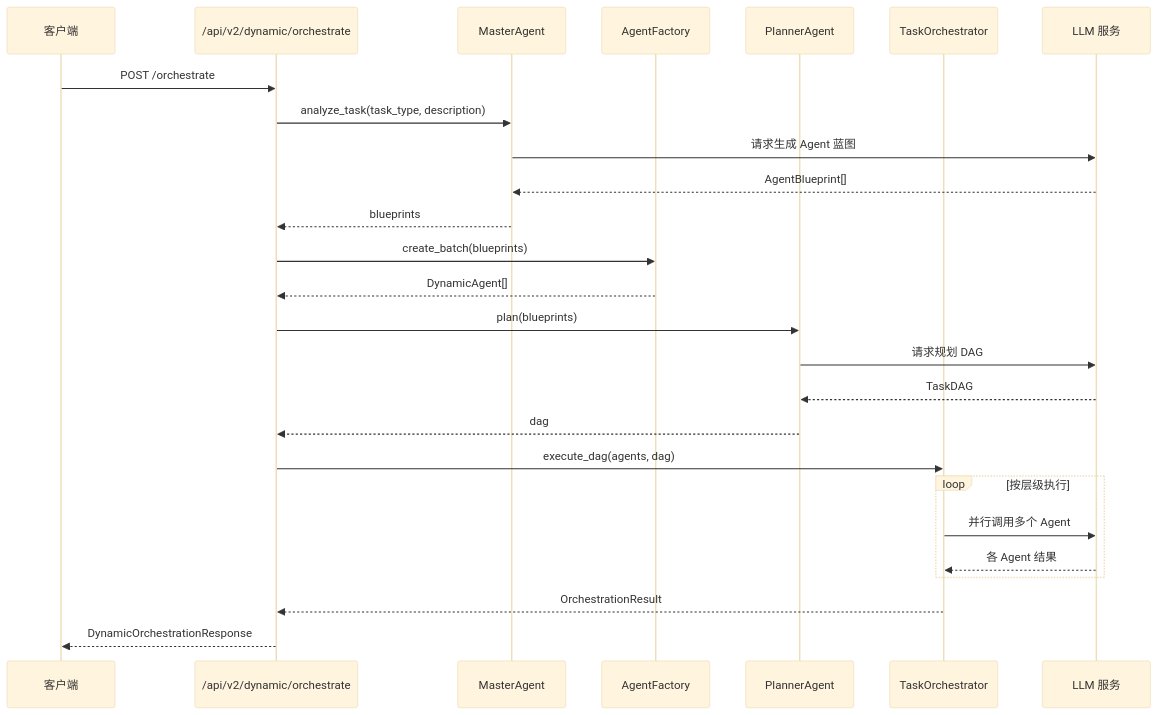
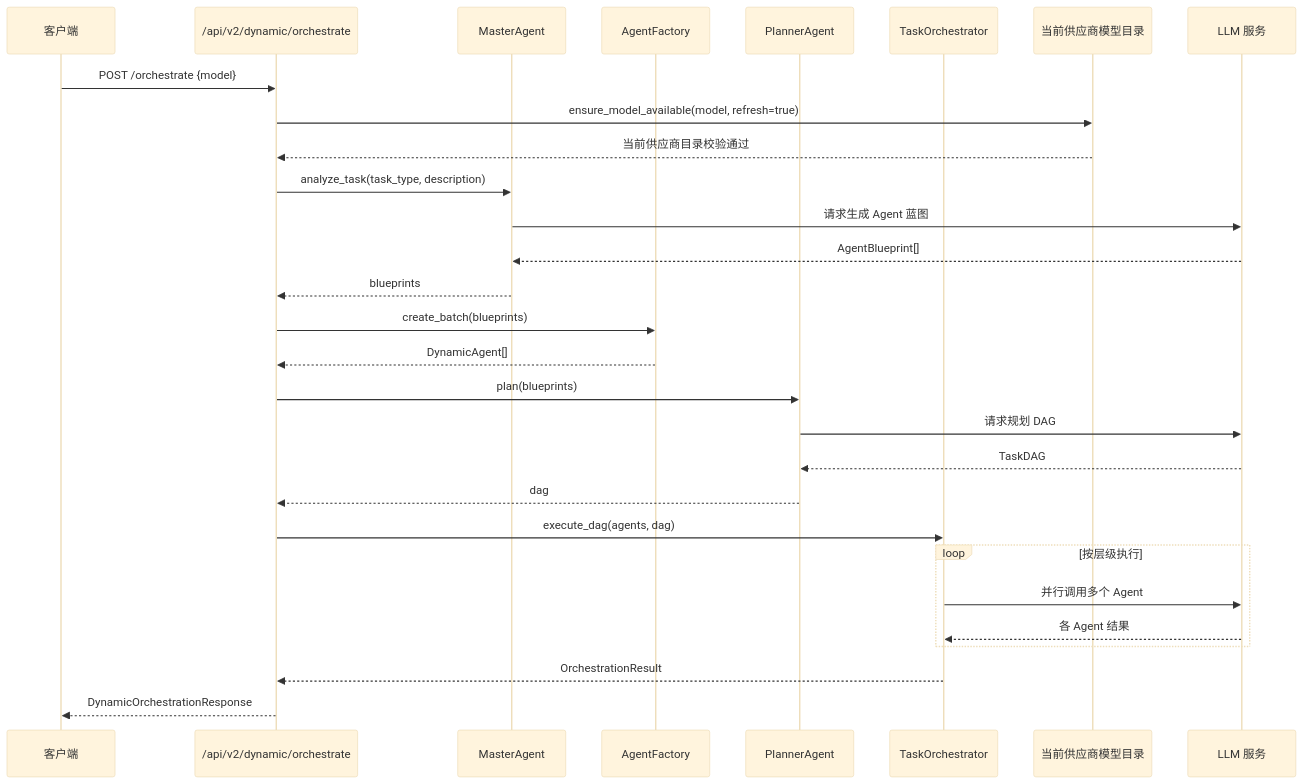
The seventh of 11 diagrams in docs/technical/10-动态Agent编排API.md (userzeng111/agentProject), drawn with Mermaid (base theme) before and after one commit. The commit also changed other lines of this file and 72 other files, not shown here.

````diff
--- a/docs/technical/10-动态Agent编排API.md
+++ b/docs/technical/10-动态Agent编排API.md
@@ -739,32 +743,35 @@
 ```mermaid
 sequenceDiagram
     participant Client as 客户端
     participant API as /api/v2/dynamic/orchestrate
     participant Master as MasterAgent
     participant Factory as AgentFactory
     participant Planner as PlannerAgent
     participant Orchestrator as TaskOrchestrator
+    participant Gateway as 当前供应商模型目录
     participant LLM as LLM 服务
 
-    Client->>API: POST /orchestrate
+    Client->>API: POST /orchestrate {model}
+    API->>Gateway: ensure_model_available(model, refresh=true)
+    Gateway-->>API: 当前供应商目录校验通过
     API->>Master: analyze_task(task_type, description)
     Master->>LLM: 请求生成 Agent 蓝图
     LLM-->>Master: AgentBlueprint[]
     Master-->>API: blueprints
 
     API->>Factory: create_batch(blueprints)
     Factory-->>API: DynamicAgent[]
 
     API->>Planner: plan(blueprints)
     Planner->>LLM: 请求规划 DAG
     LLM-->>Planner: TaskDAG
     Planner-->>API: dag
 
     API->>Orchestrator: execute_dag(agents, dag)
     loop 按层级执行
         Orchestrator->>LLM: 并行调用多个 Agent
         LLM-->>Orchestrator: 各 Agent 结果
     end
     Orchestrator-->>API: OrchestrationResult
     API-->>Client: DynamicOrchestrationResponse
 ```
````
